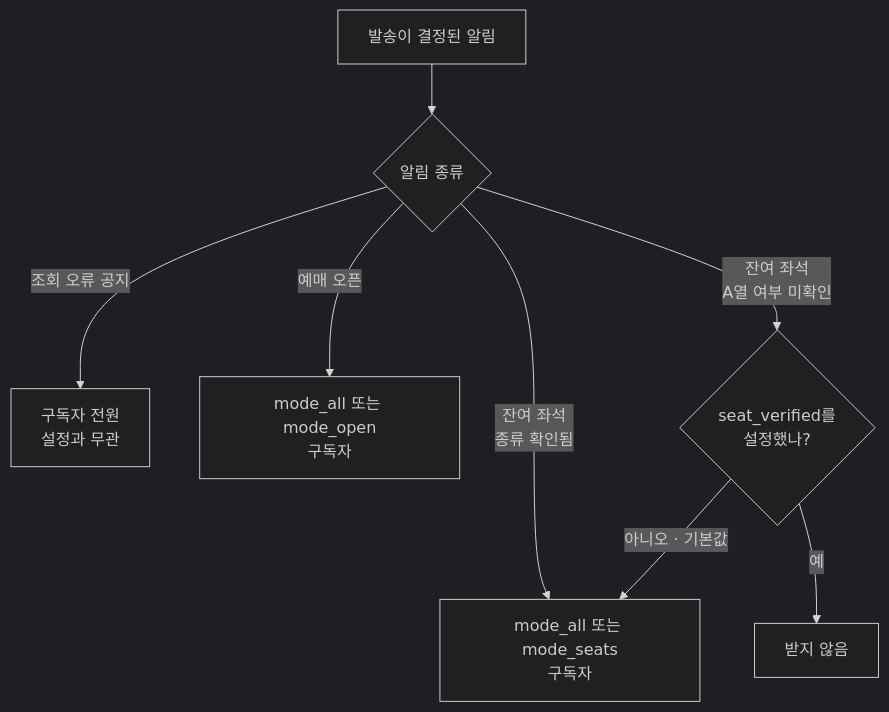
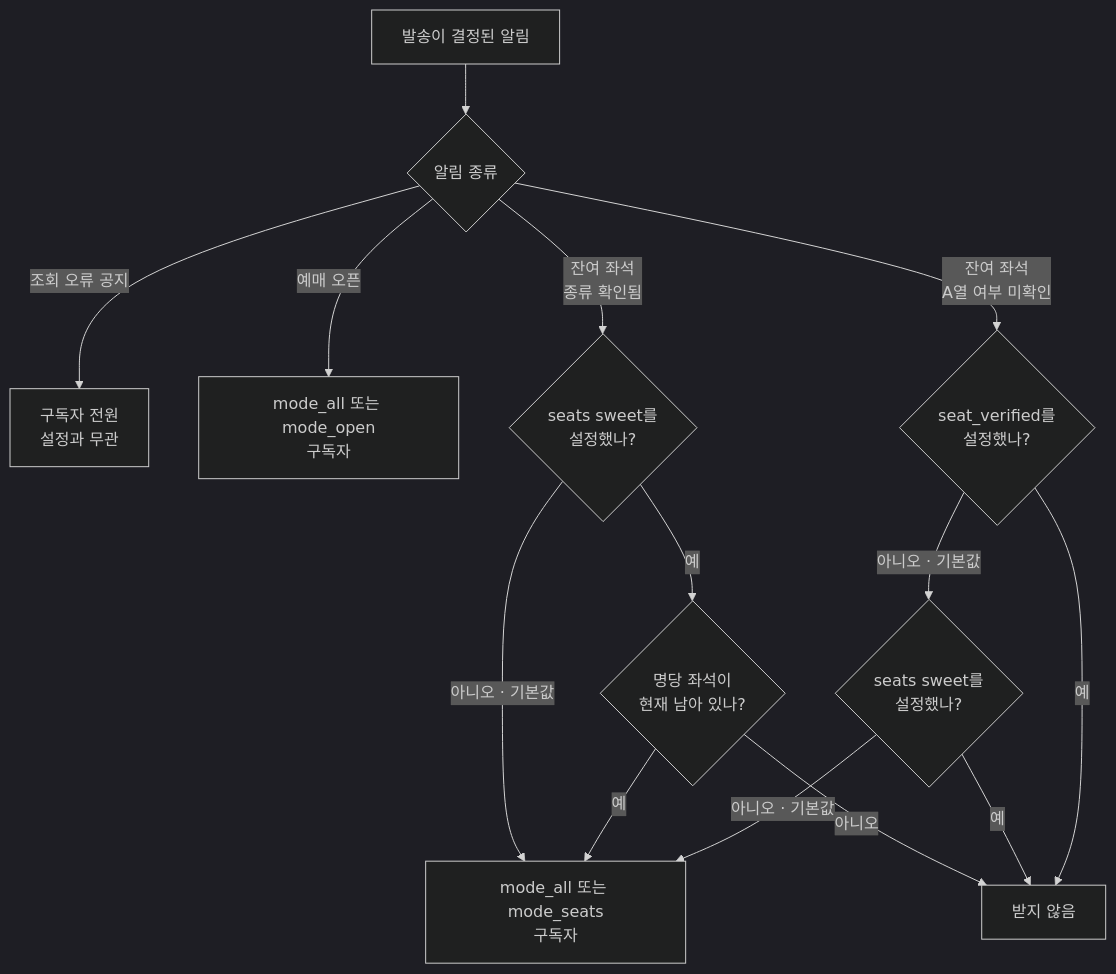
Before and after one commit to yuemyname/yongam-bot: the fourth of 5 diagrams in docs/alert-flow.md, drawn with Mermaid (dark theme). The commit also changed other lines of this file and 4 other files, not shown here.

````diff
--- a/docs/alert-flow.md
+++ b/docs/alert-flow.md
@@ -89,10 +89,16 @@
 ```mermaid
 flowchart TD
     A[발송이 결정된 알림] --> B{알림 종류}
     B -->|조회 오류 공지| Z["구독자 전원<br/>설정과 무관"]
     B -->|예매 오픈| C["mode_all 또는 mode_open<br/>구독자"]
-    B -->|잔여 좌석<br/>종류 확인됨| D["mode_all 또는 mode_seats<br/>구독자"]
+    B -->|잔여 좌석<br/>종류 확인됨| D{"seats sweet를<br/>설정했나?"}
+    D -->|아니오 · 기본값| G["mode_all 또는 mode_seats<br/>구독자"]
+    D -->|예| H{"명당 좌석이<br/>현재 남아 있나?"}
+    H -->|예| G
+    H -->|아니오| F
     B -->|잔여 좌석<br/>A열 여부 미확인| E{"seat_verified를<br/>설정했나?"}
-    E -->|아니오 · 기본값| D
+    E -->|아니오 · 기본값| I{"seats sweet를<br/>설정했나?"}
+    I -->|아니오 · 기본값| G
+    I -->|예| F
     E -->|예| F[받지 않음]
 ```
````
